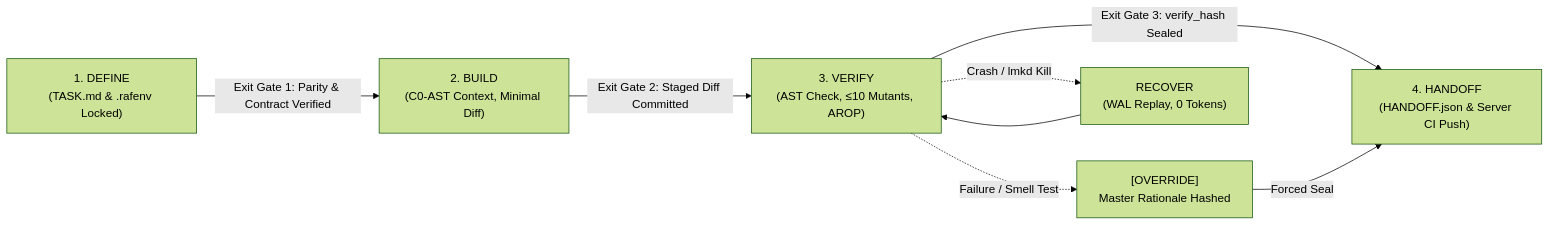
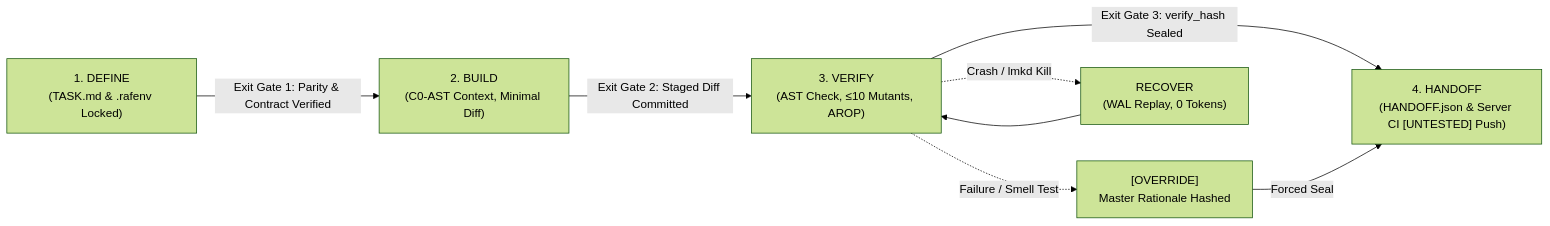
One commit to fraol163/read changed the diagram in METHODOLOGY_TRACK.md. Above: the diagram before and after it, drawn with Mermaid (forest theme). The commit also changed other lines of this file and 9 other files, not shown here.

````diff
--- a/METHODOLOGY_TRACK.md
+++ b/METHODOLOGY_TRACK.md
@@ -230,12 +230,12 @@
 ```mermaid
 flowchart LR
     S1["1. DEFINE<br/>(TASK.md & .rafenv Locked)"] -->|Exit Gate 1: Parity & Contract Verified| S2["2. BUILD<br/>(C0-AST Context, Minimal Diff)"]
     S2 -->|Exit Gate 2: Staged Diff Committed| S3["3. VERIFY<br/>(AST Check, &le;10 Mutants, AROP)"]
-    S3 -->|Exit Gate 3: verify_hash Sealed| S4["4. HANDOFF<br/>(HANDOFF.json & Server CI Push)"]
+    S3 -->|Exit Gate 3: verify_hash Sealed| S4["4. HANDOFF<br/>(HANDOFF.json & Server CI [UNTESTED] Push)"]
     
     S3 -.->|Failure / Smell Test| Ovr["[OVERRIDE]<br/>Master Rationale Hashed"]
     Ovr -->|Forced Seal| S4
     
     S3 -.->|Crash / lmkd Kill| Rec["RECOVER<br/>(WAL Replay, 0 Tokens)"]
     Rec --> S3
 ```
````
